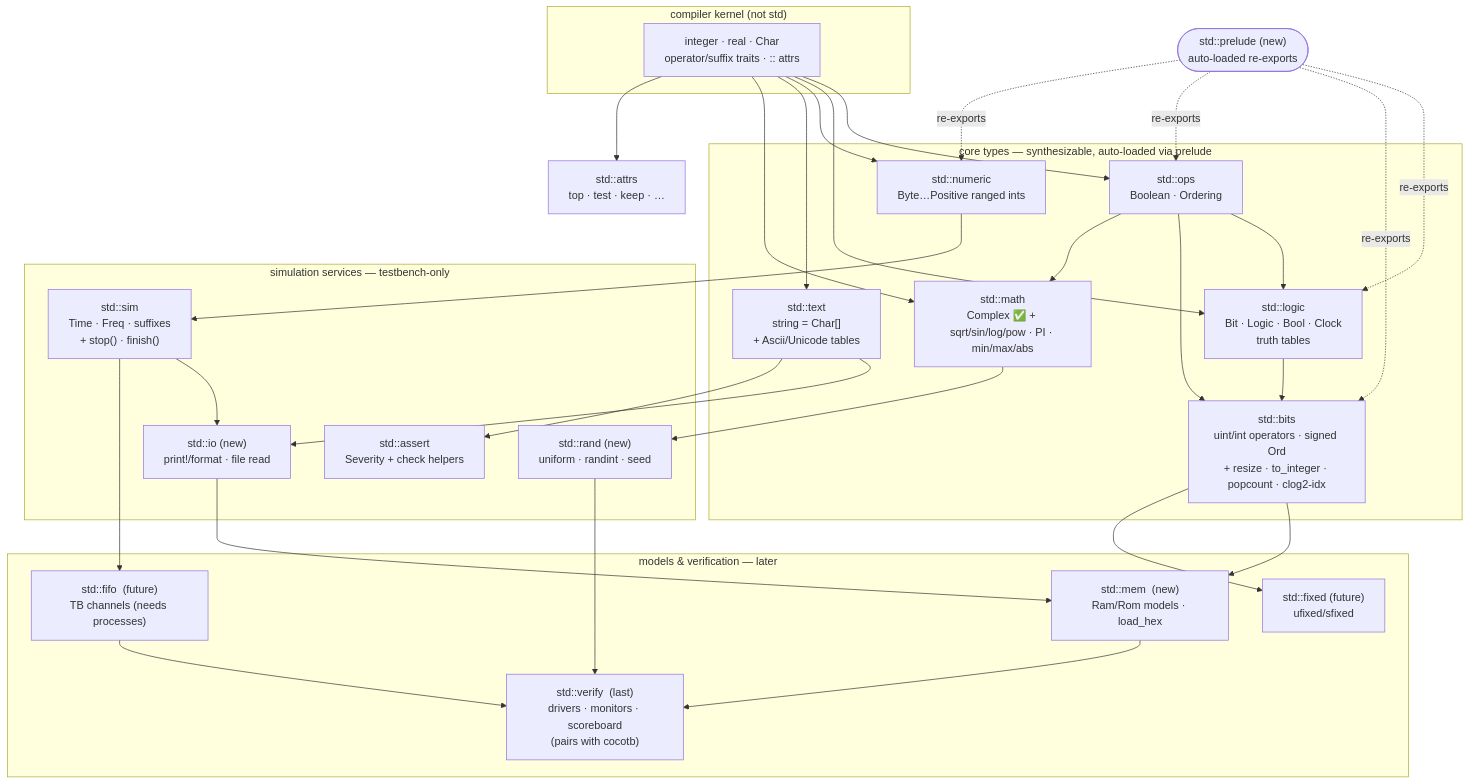
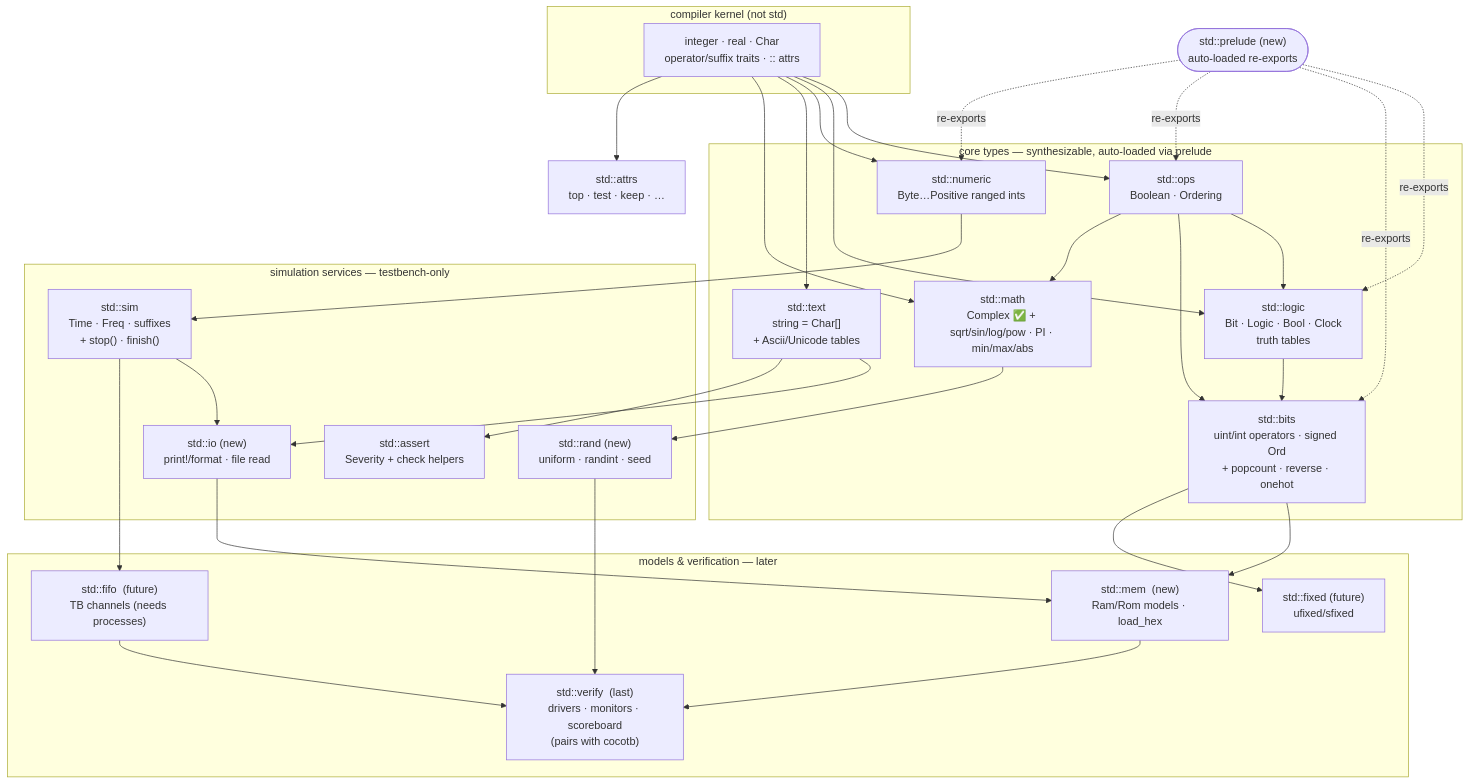
One commit to Siox-lang/sioxc changed the diagram in docs/notes/std-proposal.md. Above: the diagram before and after it, drawn with Mermaid. The commit also changed other lines of this file, not shown here.

First line of the commit message:
docs: drop to_integer/resize from the std — conversions are `T(x)`

````diff
--- a/docs/notes/std-proposal.md
+++ b/docs/notes/std-proposal.md
@@ -51,59 +51,59 @@
 ```mermaid
 flowchart TD
     subgraph kernel ["compiler kernel (not std)"]
         K["integer · real · Char\noperator/suffix traits · :: attrs"]
     end
 
     subgraph core ["core types — synthesizable, auto-loaded via prelude"]
         OPS["std::ops\nBoolean · Ordering"]
         LOGIC["std::logic\nBit · Logic · Bool · Clock\ntruth tables"]
-        BITS["std::bits\nuint/int operators · signed Ord\n+ resize · to_integer · popcount · clog2-idx"]
+        BITS["std::bits\nuint/int operators · signed Ord\n+ popcount · reverse · onehot"]
         NUM["std::numeric\nByte…Positive ranged ints"]
         TEXT["std::text\nstring = Char[]\n+ Ascii/Unicode tables"]
         MATH["std::math\nComplex ✅ + sqrt/sin/log/pow · PI · min/max/abs"]
     end
 
     subgraph simsvc ["simulation services — testbench-only"]
         SIM["std::sim\nTime · Freq · suffixes\n+ stop() · finish()"]
         IO["std::io  (new)\nprint!/format · file read"]
         RAND["std::rand  (new)\nuniform · randint · seed"]
         ASSERT["std::assert\nSeverity + check helpers"]
     end
 
     subgraph models ["models & verification — later"]
         MEM["std::mem  (new)\nRam/Rom models · load_hex"]
         FIXED["std::fixed  (future)\nufixed/sfixed"]
         FIFO["std::fifo  (future)\nTB channels (needs processes)"]
         VERIFY["std::verify  (last)\ndrivers · monitors · scoreboard\n(pairs with cocotb)"]
     end
 
     ATTRS["std::attrs\ntop · test · keep · …"]
     PRELUDE(["std::prelude  (new)\nauto-loaded re-exports"])
 
     K --> OPS
     K --> LOGIC
     OPS --> LOGIC
     LOGIC --> BITS
     OPS --> BITS
     K --> NUM
     K --> TEXT
     K --> MATH
     OPS --> MATH
     NUM --> SIM
     TEXT --> IO
     SIM --> IO
     MATH --> RAND
     TEXT --> ASSERT
     BITS --> MEM
     IO --> MEM
     BITS --> FIXED
     SIM --> FIFO
     RAND --> VERIFY
     FIFO --> VERIFY
     MEM --> VERIFY
     PRELUDE -.re-exports.-> LOGIC
     PRELUDE -.re-exports.-> BITS
     PRELUDE -.re-exports.-> OPS
     PRELUDE -.re-exports.-> NUM
     K --> ATTRS
 ```
````
